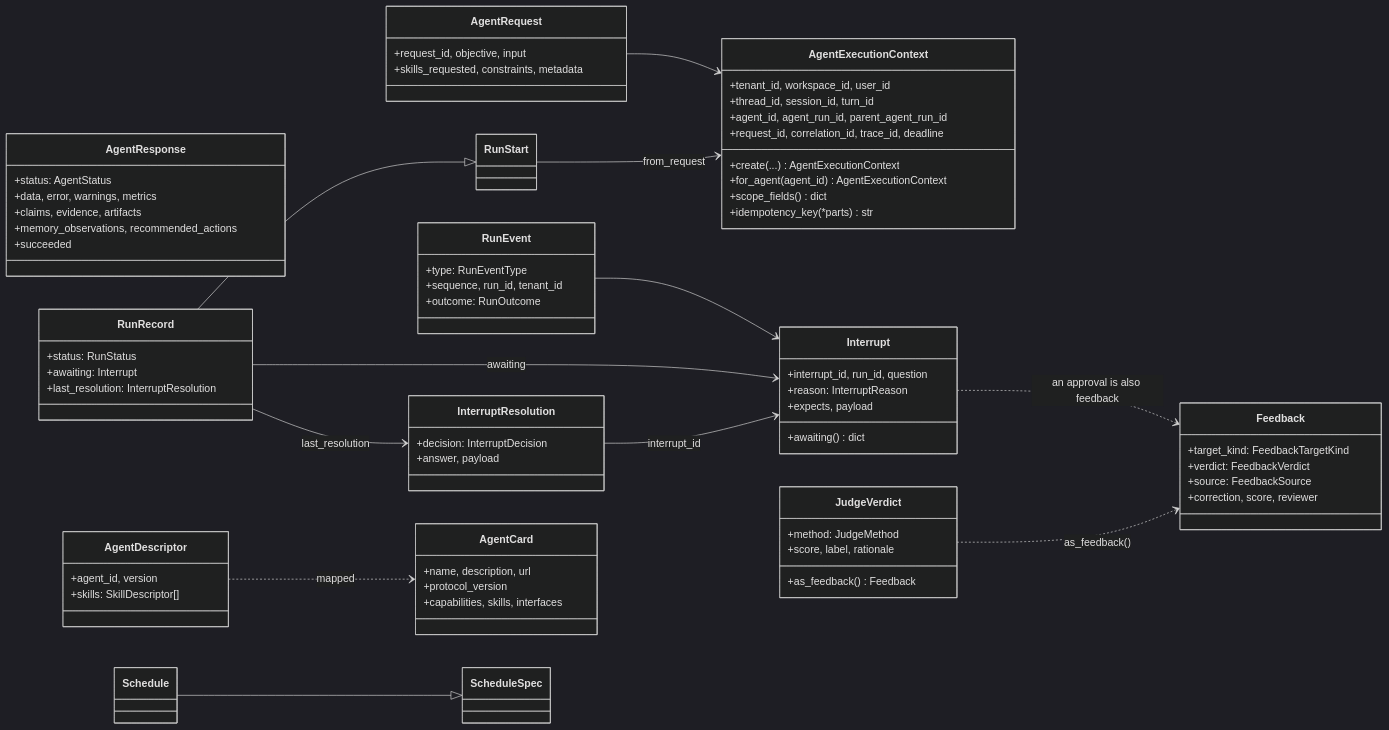
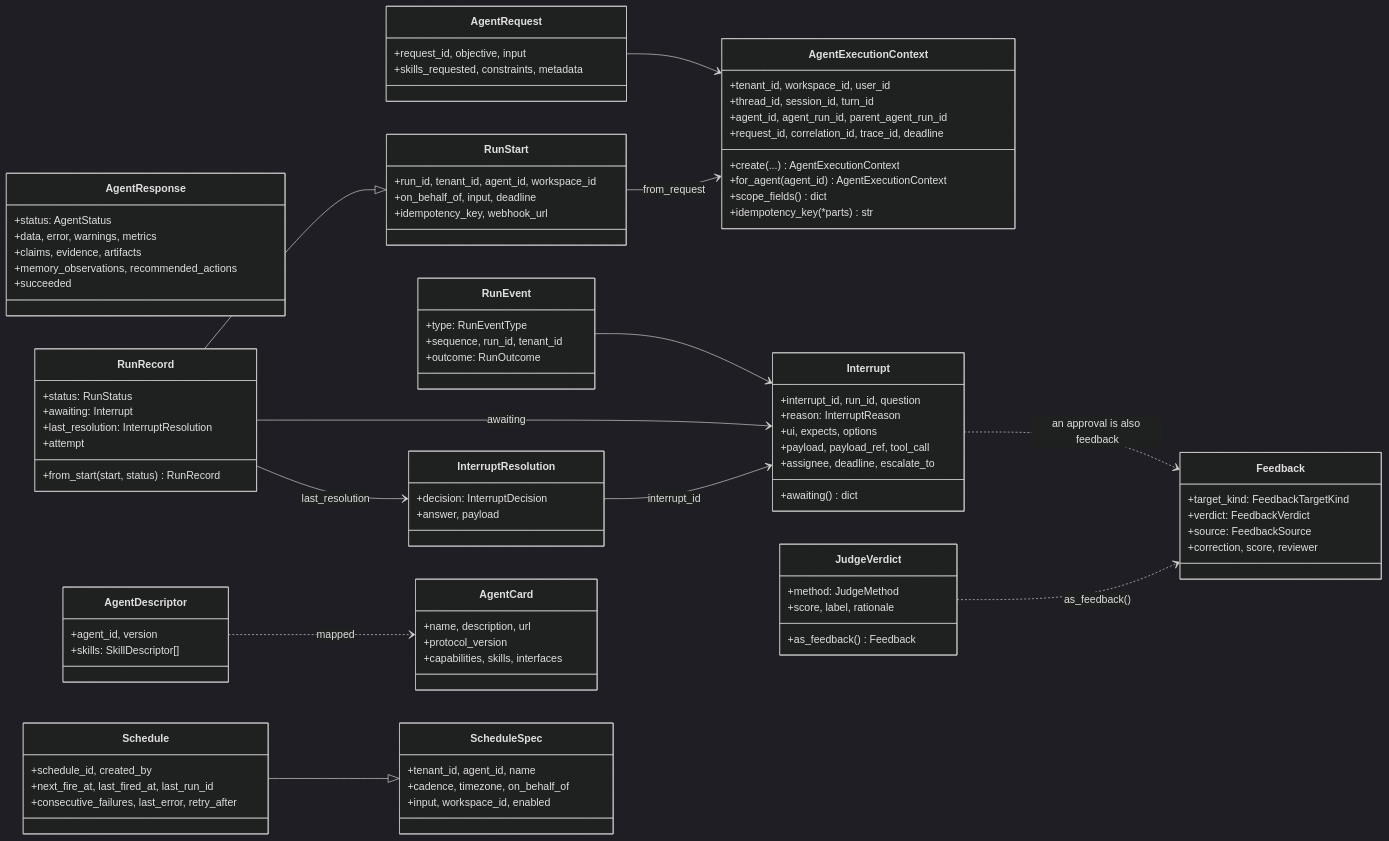
The first of 3 diagrams in README.md (amitmohapatra/agent-contracts), drawn with Mermaid (dark theme) before and after one commit. The commit also changed other lines of this file and 5 other files, not shown here.

```diff
--- a/README.md
+++ b/README.md
@@ -55,11 +55,17 @@
     +memory_observations, recommended_actions
     +succeeded
   }
-  class RunStart
+  class RunStart {
+    +run_id, tenant_id, agent_id, workspace_id
+    +on_behalf_of, input, deadline
+    +idempotency_key, webhook_url
+  }
   class RunRecord {
     +status: RunStatus
     +awaiting: Interrupt
     +last_resolution: InterruptResolution
+    +attempt
+    +from_start(start, status) RunRecord
   }
   class RunEvent {
     +type: RunEventType
@@ -69,7 +75,9 @@
   class Interrupt {
     +interrupt_id, run_id, question
     +reason: InterruptReason
-    +expects, payload
+    +ui, expects, options
+    +payload, payload_ref, tool_call
+    +assignee, deadline, escalate_to
     +awaiting() dict
   }
   class InterruptResolution {
@@ -96,8 +104,16 @@
     +protocol_version
     +capabilities, skills, interfaces
   }
-  class ScheduleSpec
-  class Schedule
+  class ScheduleSpec {
+    +tenant_id, agent_id, name
+    +cadence, timezone, on_behalf_of
+    +input, workspace_id, enabled
+  }
+  class Schedule {
+    +schedule_id, created_by
+    +next_fire_at, last_fired_at, last_run_id
+    +consecutive_failures, last_error, retry_after
+  }
 
   AgentRequest --> AgentExecutionContext
   RunStart --> AgentExecutionContext : from_request
```
